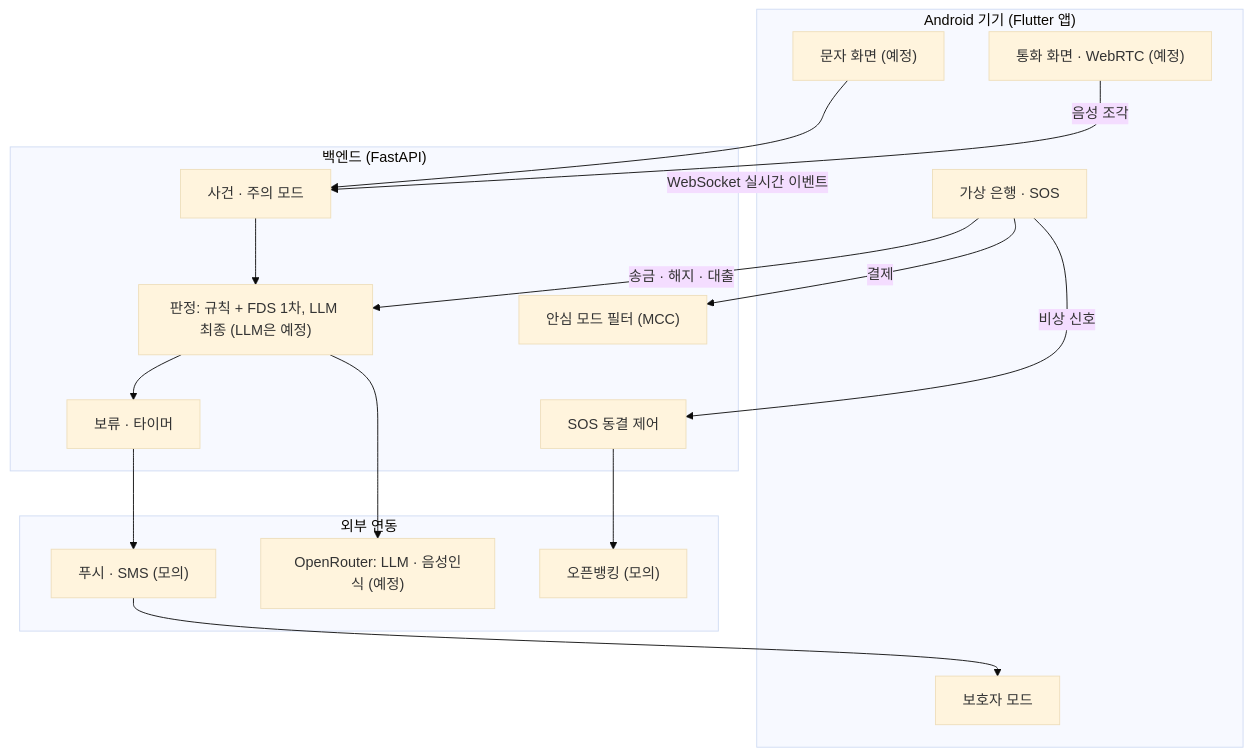
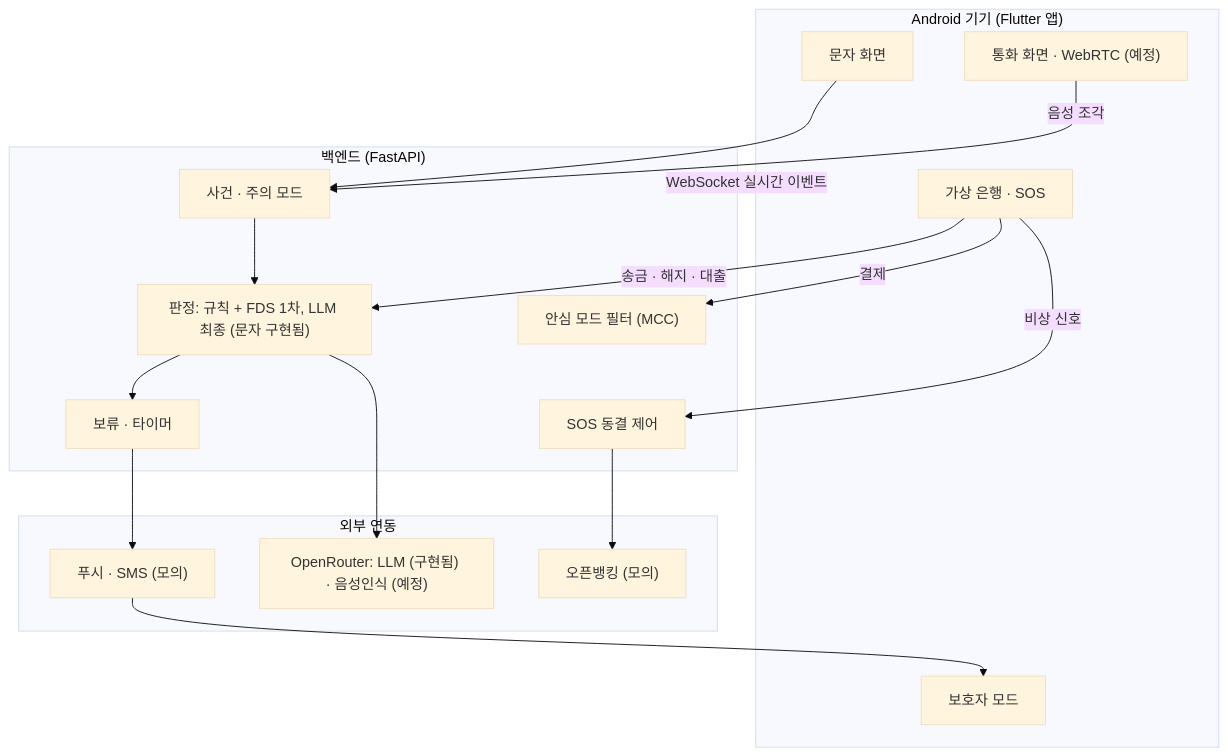
Before and after one commit to Tristan-2021/finance_tech: the second of 2 diagrams in README.md, drawn with Mermaid (base theme). The commit also changed other lines of this file and 32 other files, not shown here.

````diff
--- a/README.md
+++ b/README.md
@@ -107,30 +107,30 @@
 ```mermaid
 flowchart TD
     subgraph App["Android 기기 (Flutter 앱)"]
-        SMS["문자 화면 (예정)"]
+        SMS["문자 화면"]
         CALL["통화 화면 · WebRTC (예정)"]
         BANK["가상 은행 · SOS"]
         G["보호자 모드"]
     end
     subgraph Server["백엔드 (FastAPI)"]
         INC["사건 · 주의 모드"]
-        JUDGE["판정: 규칙 + FDS 1차, LLM 최종 (LLM은 예정)"]
+        JUDGE["판정: 규칙 + FDS 1차, LLM 최종 (문자 구현됨)"]
         HOLD["보류 · 타이머"]
         SOS["SOS 동결 제어"]
         MODE["안심 모드 필터 (MCC)"]
     end
     subgraph Ext["외부 연동"]
-        OR["OpenRouter: LLM · 음성인식 (예정)"]
+        OR["OpenRouter: LLM (구현됨) · 음성인식 (예정)"]
         OB["오픈뱅킹 (모의)"]
         PUSH["푸시 · SMS (모의)"]
     end
     SMS --> INC
     CALL -- "음성 조각" --> INC
     INC --> JUDGE
     BANK -- "송금 · 해지 · 대출" --> JUDGE --> HOLD
     BANK -- "결제" --> MODE
     BANK -- "비상 신호" --> SOS --> OB
     JUDGE --> OR
     HOLD --> PUSH --> G
     Server -. "WebSocket 실시간 이벤트" .-> App
 ```
````
